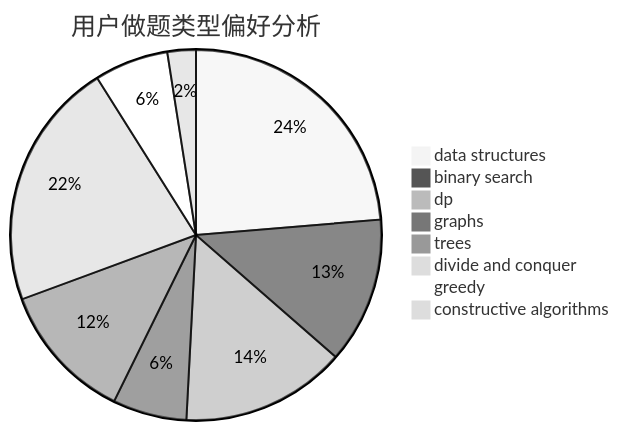
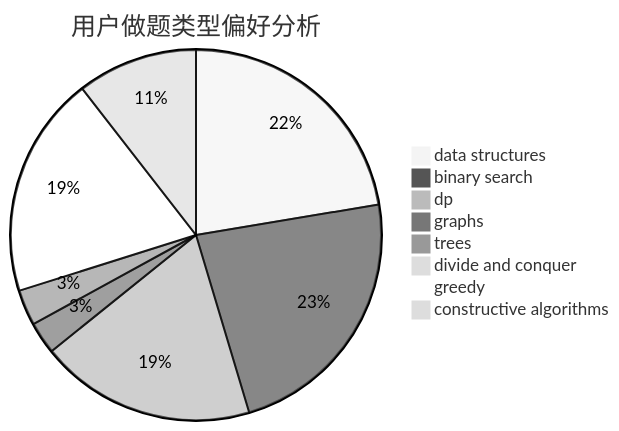
One commit to sherpahu/cfrs.github.io changed the second of 3 diagrams in docs/user/u960.md. Above: the diagram before and after it, drawn with Mermaid (neutral theme). The commit also changed other lines of this file and 2770 other files, not shown here.

````diff
--- a/docs/user/u960.md
+++ b/docs/user/u960.md
@@ -23,11 +23,11 @@
 ```mermaid
 pie title 用户做题类型偏好分析
-    "data structures" :  143
-    "binary search" :  77
-    "dp" :  87
-    "graphs" :  39
-    "trees" :  73
-    "divide and conquer" :  131
-    "greedy" :  39
-    "constructive algorithms" :  15
+    "data structures" :  502
+    "binary search" :  516
+    "dp" :  423
+    "graphs" :  63
+    "trees" :  70
+    "divide and conquer" :  0
+    "greedy" :  434
+    "constructive algorithms" :  236
 ```
````
